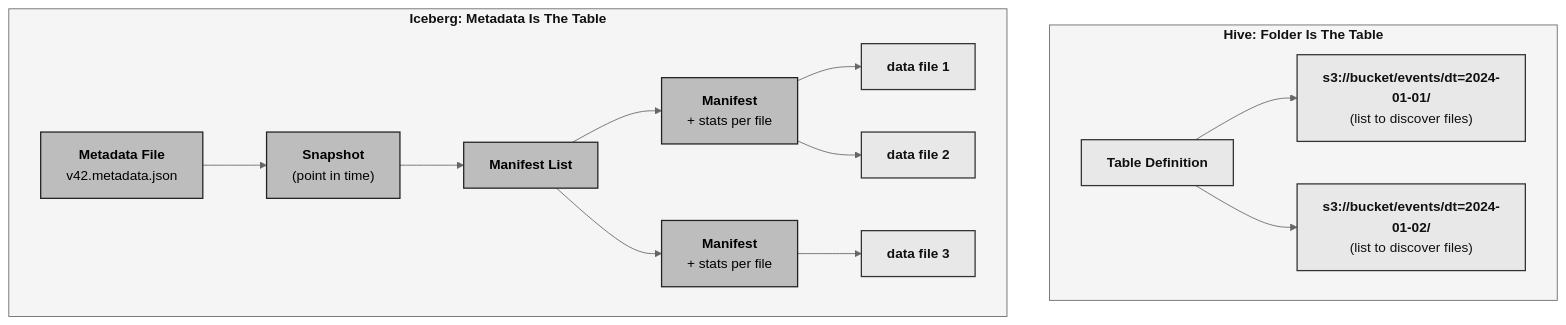
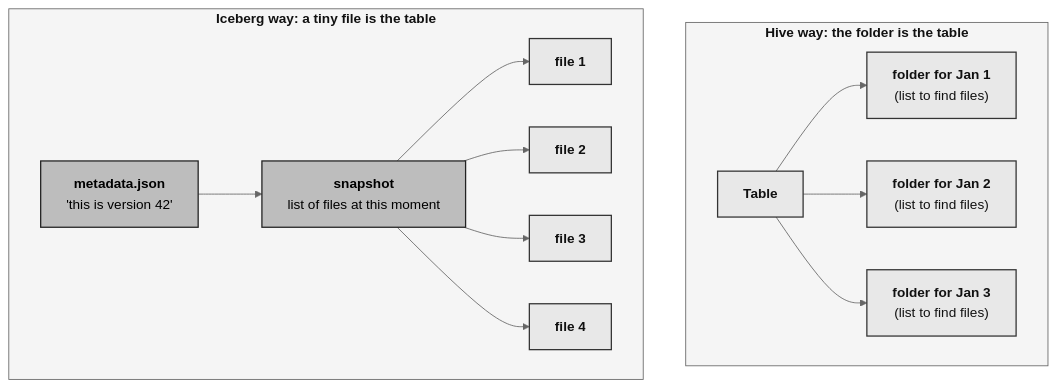
One commit to rilov/handbook changed the second of 4 diagrams in _topics/netflix-iceberg-case-study.md. Above: the diagram before and after it, drawn with Mermaid. The commit also changed other lines of this file, not shown here.

Commit message:
Rewrite Netflix Iceberg case study in simple plain language with more detail and no AI-style punctuation

```diff
--- a/_topics/netflix-iceberg-case-study.md
+++ b/_topics/netflix-iceberg-case-study.md
@@ -120,25 +222,24 @@
 <div class="mermaid">
 %%{init: {'theme':'neutral', 'themeVariables': {'fontSize':'16px', 'fontFamily':'Helvetica, Arial, sans-serif'}}}%%
 graph TD
-    subgraph BEFORE["<b>Hive: Folder Is The Table</b>"]
-        T1["<b>Table Definition</b>"]
-        T1 --> P1["<b>s3://bucket/events/dt=2024-01-01/</b><br/>(list to discover files)"]
-        T1 --> P2["<b>s3://bucket/events/dt=2024-01-02/</b><br/>(list to discover files)"]
+    subgraph BEFORE["<b>Hive way: the folder is the table</b>"]
+        T1["<b>Table</b>"]
+        T1 --> P1["<b>folder for Jan 1</b><br/>(list to find files)"]
+        T1 --> P2["<b>folder for Jan 2</b><br/>(list to find files)"]
+        T1 --> P3["<b>folder for Jan 3</b><br/>(list to find files)"]
     end
-    subgraph AFTER["<b>Iceberg: Metadata Is The Table</b>"]
-        M1["<b>Metadata File</b><br/>v42.metadata.json"]
-        M1 --> SN["<b>Snapshot</b><br/>(point in time)"]
-        SN --> ML["<b>Manifest List</b>"]
-        ML --> MF1["<b>Manifest</b><br/>+ stats per file"]
-        ML --> MF2["<b>Manifest</b><br/>+ stats per file"]
-        MF1 --> F1["<b>data file 1</b>"]
-        MF1 --> F2["<b>data file 2</b>"]
-        MF2 --> F3["<b>data file 3</b>"]
+    subgraph AFTER["<b>Iceberg way: a tiny file is the table</b>"]
+        M1["<b>metadata.json</b><br/>'this is version 42'"]
+        M1 --> SN["<b>snapshot</b><br/>list of files at this moment"]
+        SN --> F1["<b>file 1</b>"]
+        SN --> F2["<b>file 2</b>"]
+        SN --> F3["<b>file 3</b>"]
+        SN --> F4["<b>file 4</b>"]
     end
     classDef gray fill:#e8e8e8,stroke:#333,stroke-width:1.5px,color:#111
     classDef midgray fill:#bdbdbd,stroke:#222,stroke-width:1.5px,color:#000
-    class T1,P1,P2,F1,F2,F3 gray
-    class M1,SN,ML,MF1,MF2 midgray
+    class T1,P1,P2,P3,F1,F2,F3,F4 gray
+    class M1,SN midgray
     style BEFORE fill:#f5f5f5,stroke:#666,color:#111
     style AFTER fill:#f5f5f5,stroke:#666,color:#111
 </div>
```
